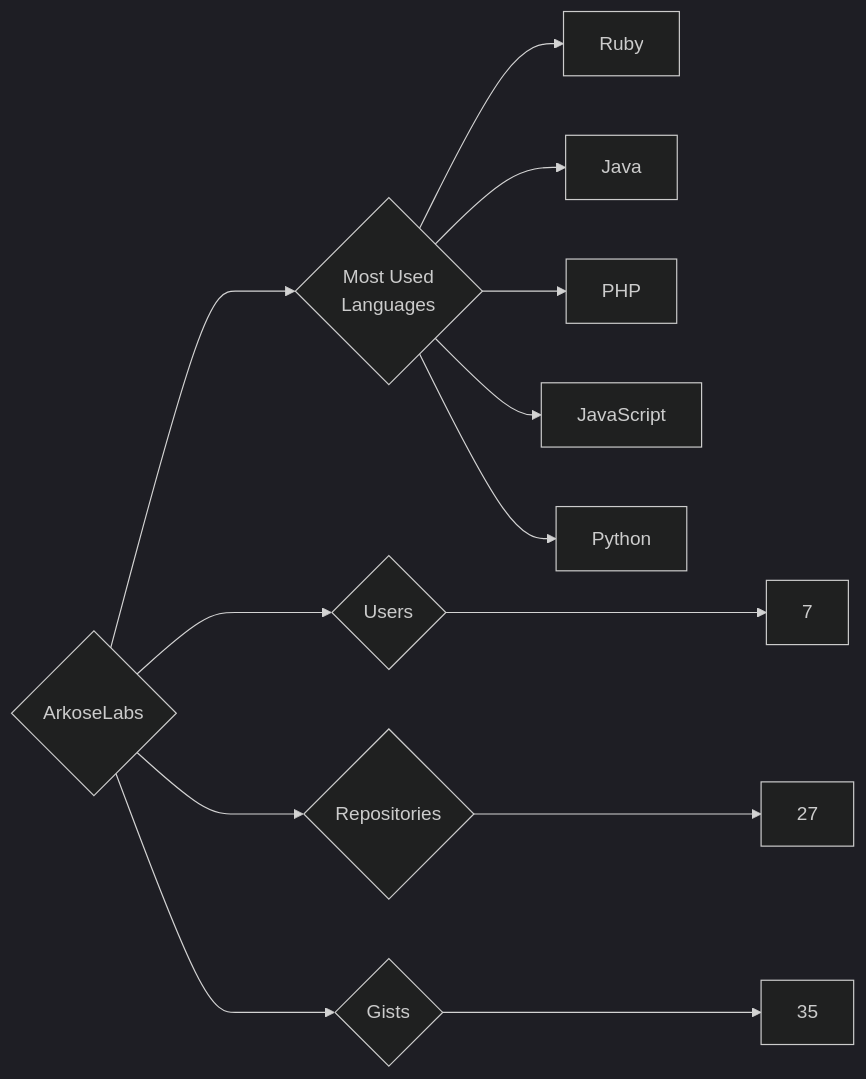
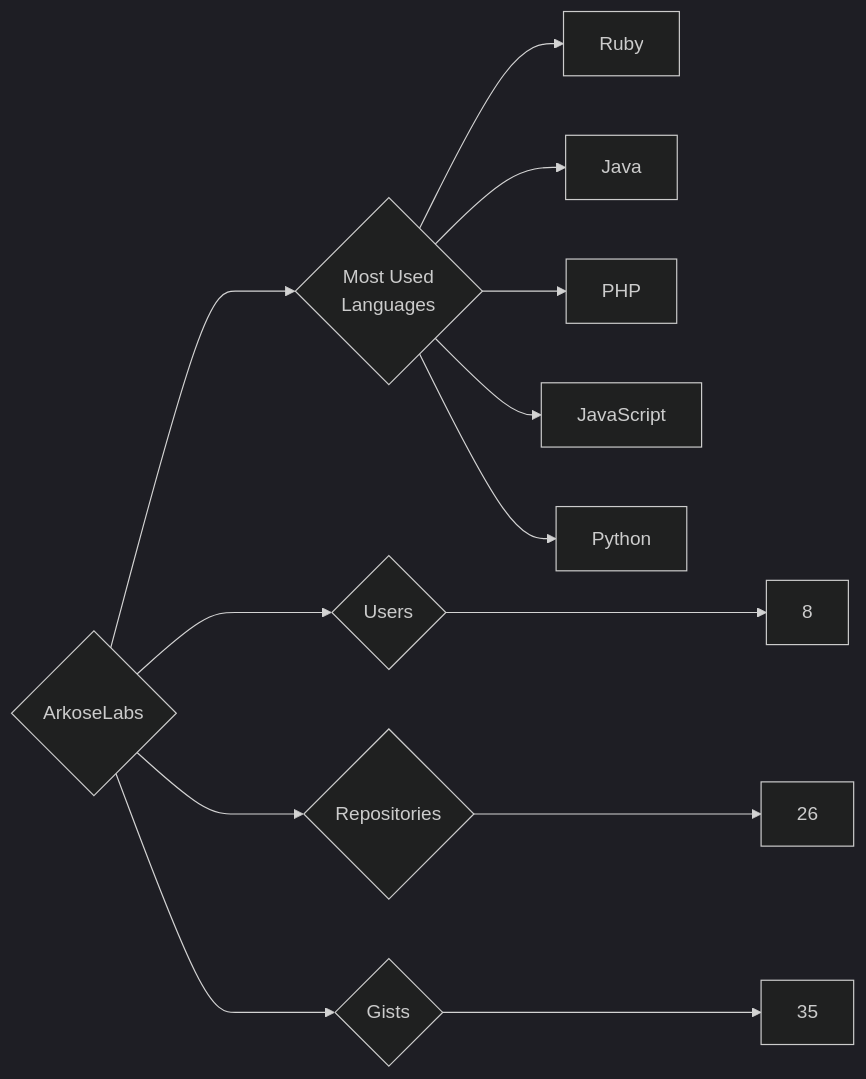
Before and after one commit to trickest/insiders: the diagram in targets/ArkoseLabs/README.md, drawn with Mermaid (dark theme). The commit also changed 1084 other files, not shown here.

````diff
--- a/targets/ArkoseLabs/README.md
+++ b/targets/ArkoseLabs/README.md
@@ -3,13 +3,13 @@
 ```mermaid
 graph LR
 COMPANY_NAME{ArkoseLabs}
-COMPANY_NAME ---> U{Users} ---> UN[7]
-COMPANY_NAME ---> R{Repositories} ---> RN[27]
+COMPANY_NAME ---> U{Users} ---> UN[8]
+COMPANY_NAME ---> R{Repositories} ---> RN[26]
 COMPANY_NAME ---> G{Gists} ---> GN[35]
 COMPANY_NAME ---> ML{Most Used<br>Languages}
 ML --> Ruby[Ruby]
 ML --> Java[Java]
 ML --> PHP[PHP]
 ML --> JavaScript[JavaScript]
 ML --> Python[Python]
 ```
````
